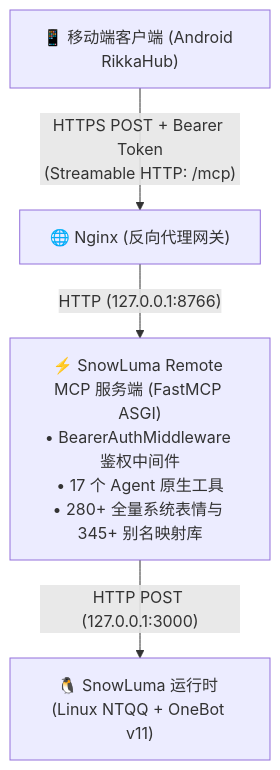
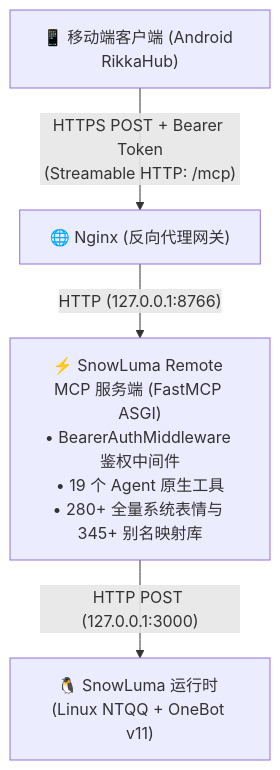
Before and after one commit to MorphieEndless/snowluma-remote-mcp: the diagram in README_zh.md, drawn with Mermaid. The commit also changed other lines of this file, not shown here.

````diff
--- a/README_zh.md
+++ b/README_zh.md
@@ -49,6 +49,6 @@
 ```mermaid
 flowchart TD
     Client["📱 移动端客户端 (Android RikkaHub)"] -->|"HTTPS POST + Bearer Token<br/>(Streamable HTTP: /mcp)"| Nginx["🌐 Nginx (反向代理网关)"]
-    Nginx -->|"HTTP (127.0.0.1:8766)"| MCP["⚡ SnowLuma Remote MCP 服务端 (FastMCP ASGI)<br/>• BearerAuthMiddleware 鉴权中间件<br/>• 17 个 Agent 原生工具<br/>• 280+ 全量系统表情与 345+ 别名映射库"]
+    Nginx -->|"HTTP (127.0.0.1:8766)"| MCP["⚡ SnowLuma Remote MCP 服务端 (FastMCP ASGI)<br/>• BearerAuthMiddleware 鉴权中间件<br/>• 19 个 Agent 原生工具<br/>• 280+ 全量系统表情与 345+ 别名映射库"]
     MCP -->|"HTTP POST (127.0.0.1:3000)"| SnowLuma["🐧 SnowLuma 运行时 (Linux NTQQ + OneBot v11)"]
 ```
````
